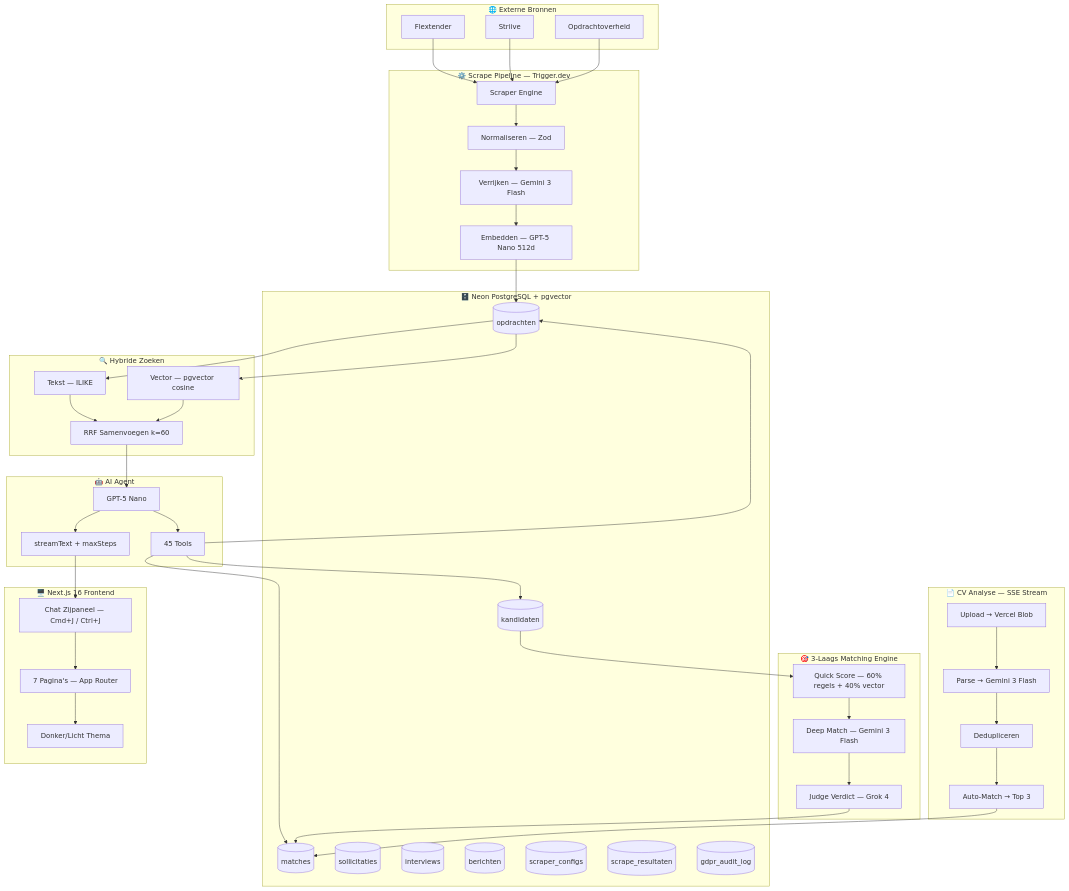
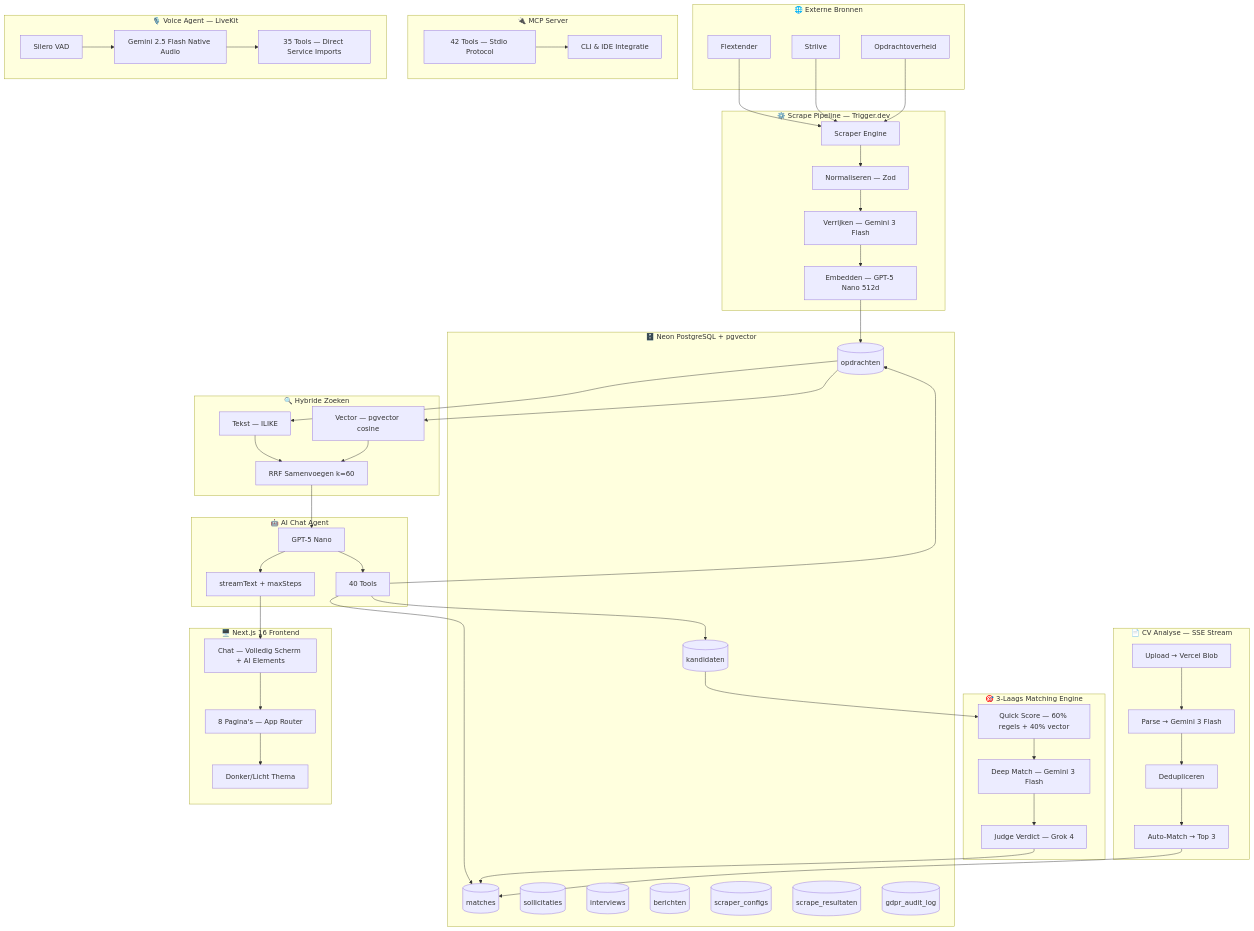
One commit to RyanLisse/motian changed the first of 12 diagrams in README.md. Above: the diagram before and after it, drawn with Mermaid. The commit also changed other lines of this file and 9 other files, not shown here.

First line of the commit message:
feat(voice): migrate voice agent to monorepo + update all documentation

````diff
--- a/README.md
+++ b/README.md
@@ -79,15 +79,26 @@
         RRF[RRF Samenvoegen k=60]
     end
 
-    subgraph AI["🤖 AI Agent"]
+    subgraph AI["🤖 AI Chat Agent"]
         AGENT[GPT-5 Nano]
-        TOOLS[45 Tools]
+        TOOLS[40 Tools]
         STREAM[streamText + maxSteps]
     end
 
+    subgraph MCP["🔌 MCP Server"]
+        MCPS[42 Tools — Stdio Protocol]
+        CLI[CLI & IDE Integratie]
+    end
+
+    subgraph Voice["🎙️ Voice Agent — LiveKit"]
+        VLLM[Gemini 2.5 Flash Native Audio]
+        VTOOLS[35 Tools — Direct Service Imports]
+        VAD[Silero VAD]
+    end
+
     subgraph Frontend["🖥️ Next.js 16 Frontend"]
-        PAGES[7 Pagina's — App Router]
-        CHAT[Chat Zijpaneel — Cmd+J / Ctrl+J]
+        PAGES[8 Pagina's — App Router]
+        CHAT[Chat — Volledig Scherm + AI Elements]
         THEME[Donker/Licht Thema]
     end
 
@@ -112,6 +123,9 @@
     UP --> PA --> DD --> AM --> MATCH
 
     AGENT --> STREAM --> CHAT
+    MCPS --> CLI
+    VLLM --> VTOOLS
+    VAD --> VLLM
     CHAT --> PAGES
     PAGES --> THEME
 ```
````
